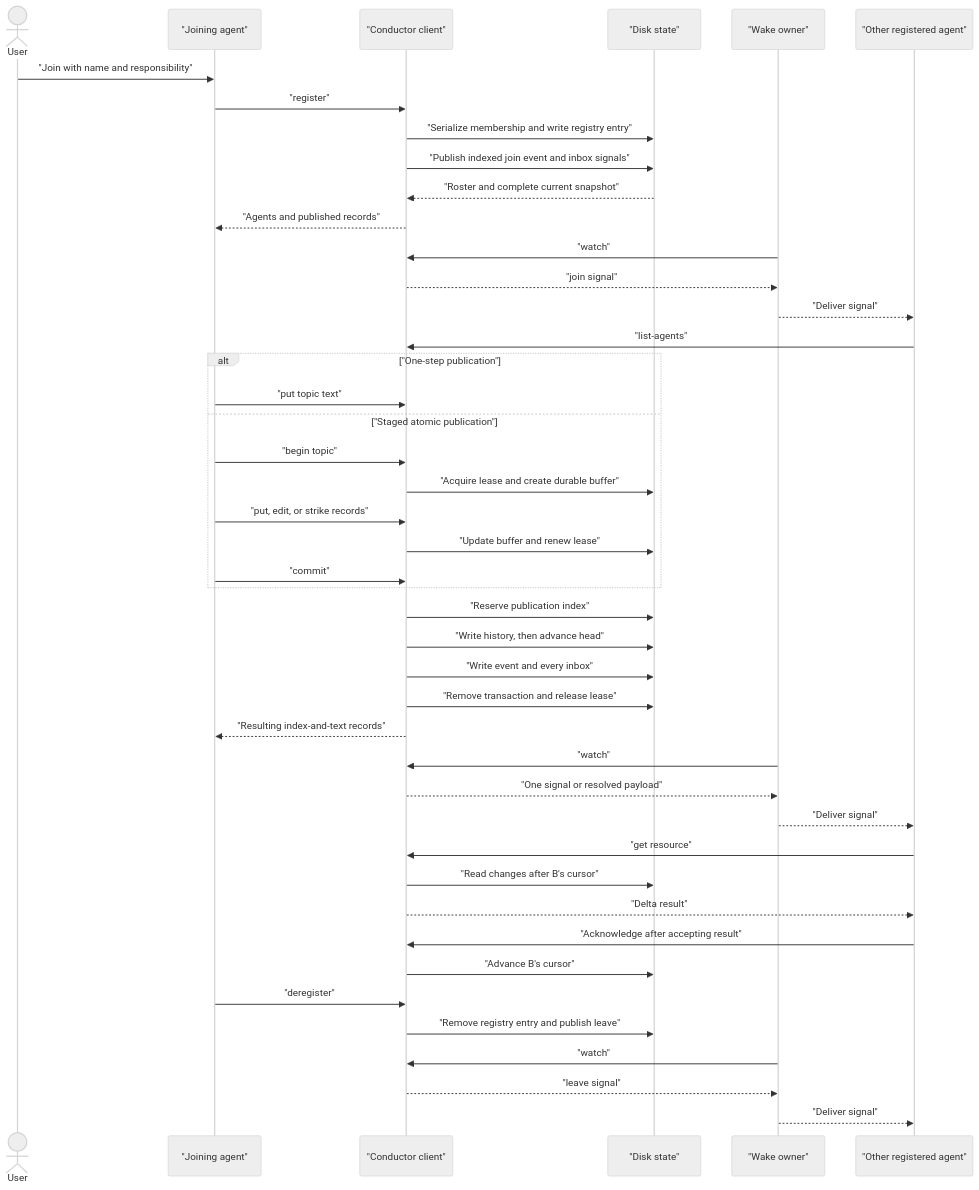
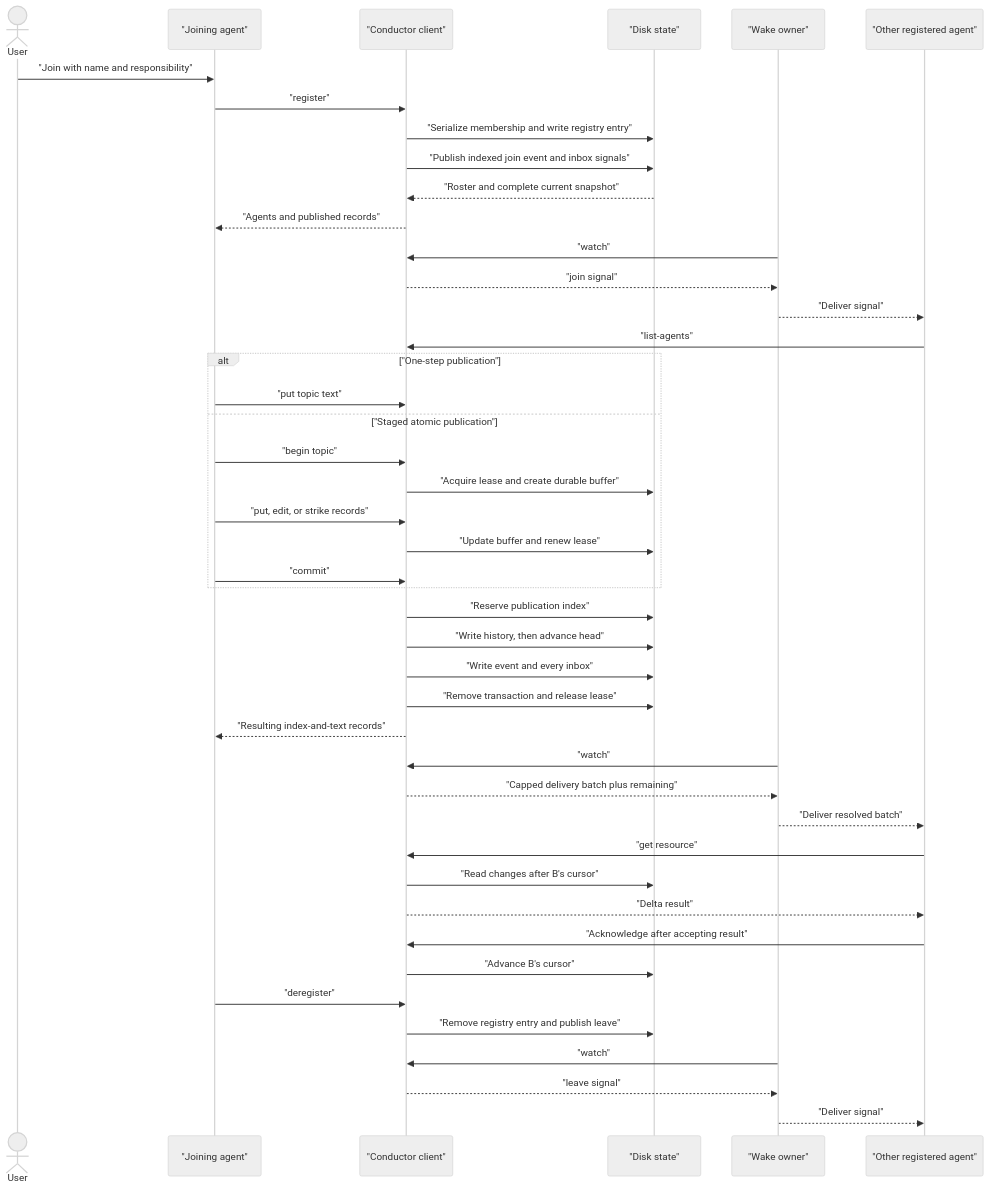
The second of 7 diagrams in docs/use-case.md (danlavee/Conductor), drawn with Mermaid (neutral theme) before and after one commit. The commit also changed other lines of this file and 11 other files, not shown here.

Commit message:
feat(state): drain every pending watch signal in one call, capped like get

````diff
--- a/docs/use-case.md
+++ b/docs/use-case.md
@@ -16,51 +16,51 @@
 ```mermaid
 sequenceDiagram
     actor User
     participant A as "Joining agent"
     participant C as "Conductor client"
     participant D as "Disk state"
     participant W as "Wake owner"
     participant B as "Other registered agent"
 
     User->>A: "Join with name and responsibility"
     A->>C: "register"
     C->>D: "Serialize membership and write registry entry"
     C->>D: "Publish indexed join event and inbox signals"
     D-->>C: "Roster and complete current snapshot"
     C-->>A: "Agents and published records"
     W->>C: "watch"
     C-->>W: "join signal"
     W-->>B: "Deliver signal"
     B->>C: "list-agents"
 
     alt "One-step publication"
         A->>C: "put topic text"
     else "Staged atomic publication"
         A->>C: "begin topic"
         C->>D: "Acquire lease and create durable buffer"
         A->>C: "put, edit, or strike records"
         C->>D: "Update buffer and renew lease"
         A->>C: "commit"
     end
 
     C->>D: "Reserve publication index"
     C->>D: "Write history, then advance head"
     C->>D: "Write event and every inbox"
     C->>D: "Remove transaction and release lease"
     C-->>A: "Resulting index-and-text records"
 
     W->>C: "watch"
-    C-->>W: "One signal or resolved payload"
-    W-->>B: "Deliver signal"
+    C-->>W: "Capped delivery batch plus remaining"
+    W-->>B: "Deliver resolved batch"
     B->>C: "get resource"
     C->>D: "Read changes after B's cursor"
     C-->>B: "Delta result"
     B->>C: "Acknowledge after accepting result"
     C->>D: "Advance B's cursor"
 
     A->>C: "deregister"
     C->>D: "Remove registry entry and publish leave"
     W->>C: "watch"
     C-->>W: "leave signal"
     W-->>B: "Deliver signal"
 ```
````
